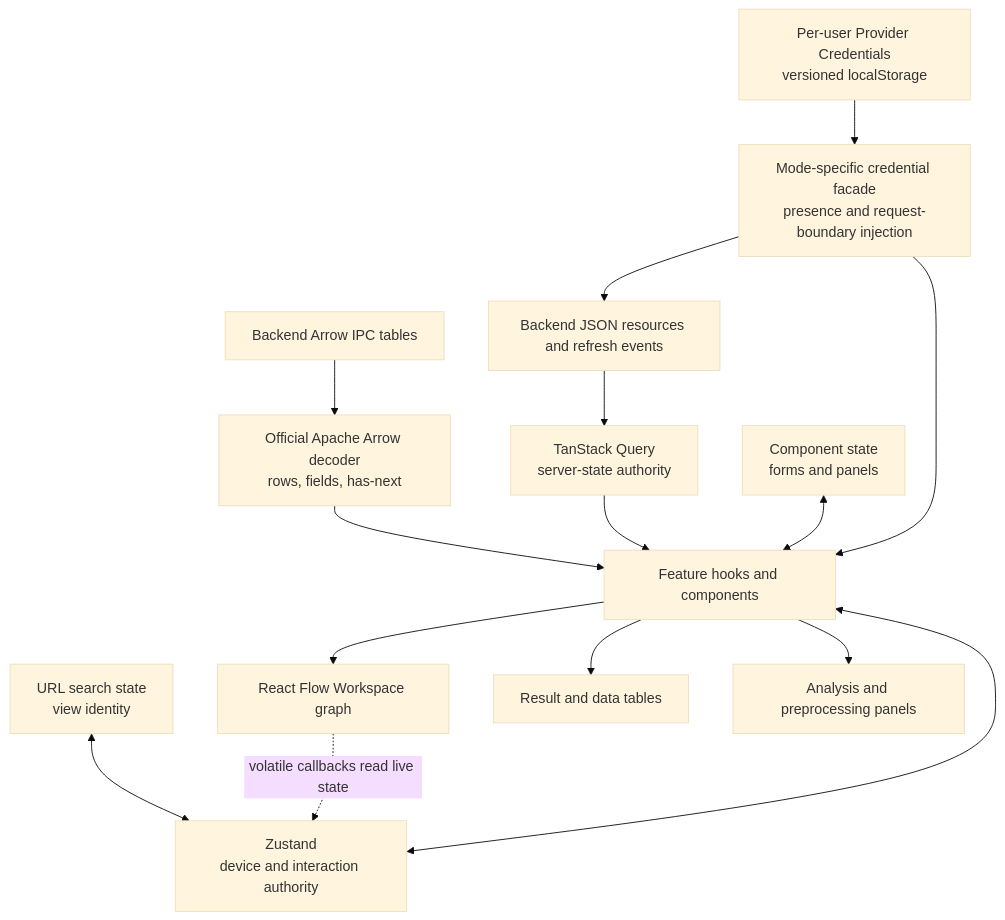
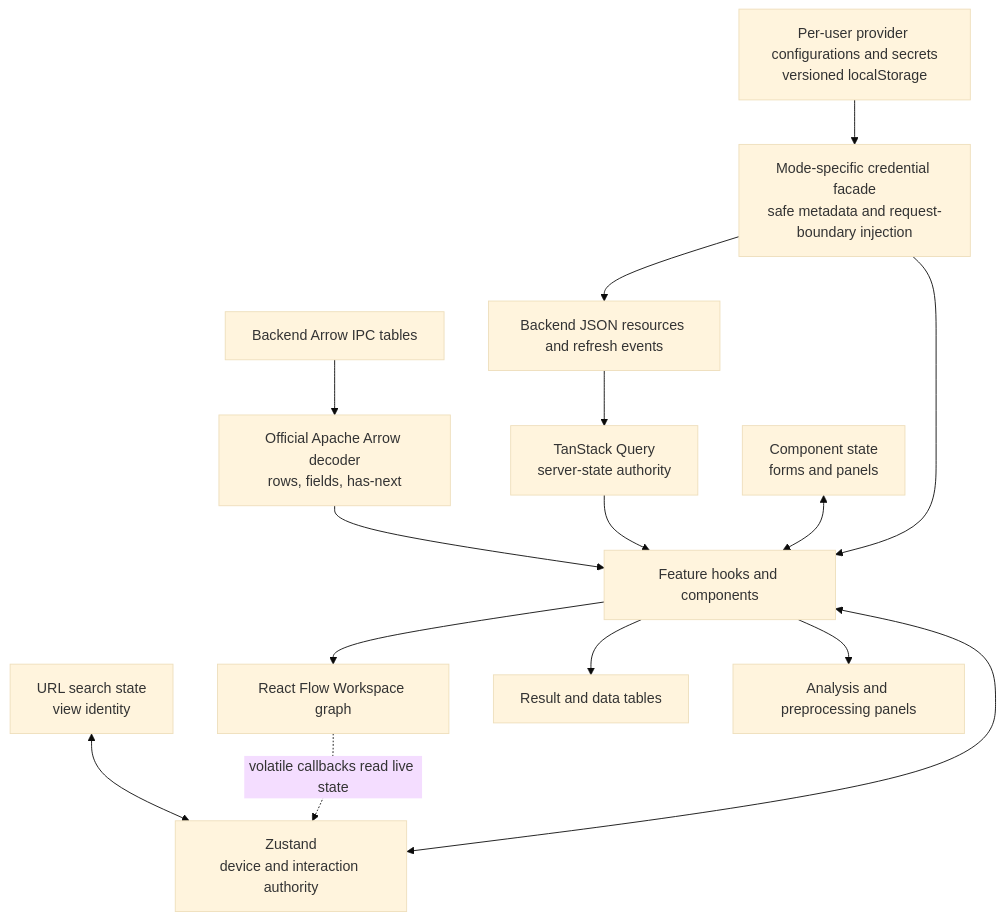
One commit to Australian-Text-Analytics-Platform/ldaca_web_app changed the diagram in docs/architecture/frontend/state-and-data-flow.md. Above: the diagram before and after it, drawn with Mermaid (base theme). The commit also changed other lines of this file and 20 other files, not shown here.

````diff
--- a/docs/architecture/frontend/state-and-data-flow.md
+++ b/docs/architecture/frontend/state-and-data-flow.md
@@ -12,20 +12,20 @@
 ```mermaid
 flowchart TB
     BACKEND["Backend JSON resources and refresh events"] --> QUERY["TanStack Query<br/>server-state authority"]
     ARROW["Backend Arrow IPC tables"] --> DECODER["Official Apache Arrow decoder<br/>rows, fields, has-next"]
     DECODER --> FEATURES
     QUERY --> FEATURES["Feature hooks and components"]
 
     ZUSTAND["Zustand<br/>device and interaction authority"] <--> FEATURES
     LOCAL["Component state<br/>forms and panels"] <--> FEATURES
     URL["URL search state<br/>view identity"] <--> ZUSTAND
-    BROWSER_CREDENTIALS["Per-user Provider Credentials<br/>versioned localStorage"] --> CREDENTIAL_FACADE["Mode-specific credential facade<br/>presence and request-boundary injection"]
+    BROWSER_CREDENTIALS["Per-user provider configurations and secrets<br/>versioned localStorage"] --> CREDENTIAL_FACADE["Mode-specific credential facade<br/>safe metadata and request-boundary injection"]
     CREDENTIAL_FACADE --> FEATURES
     CREDENTIAL_FACADE --> BACKEND
 
     FEATURES --> GRAPH["React Flow Workspace graph"]
     FEATURES --> TABLES["Result and data tables"]
     FEATURES --> PANELS["Analysis and preprocessing panels"]
 
     GRAPH -. "volatile callbacks read live state" .-> ZUSTAND
 ```
````
